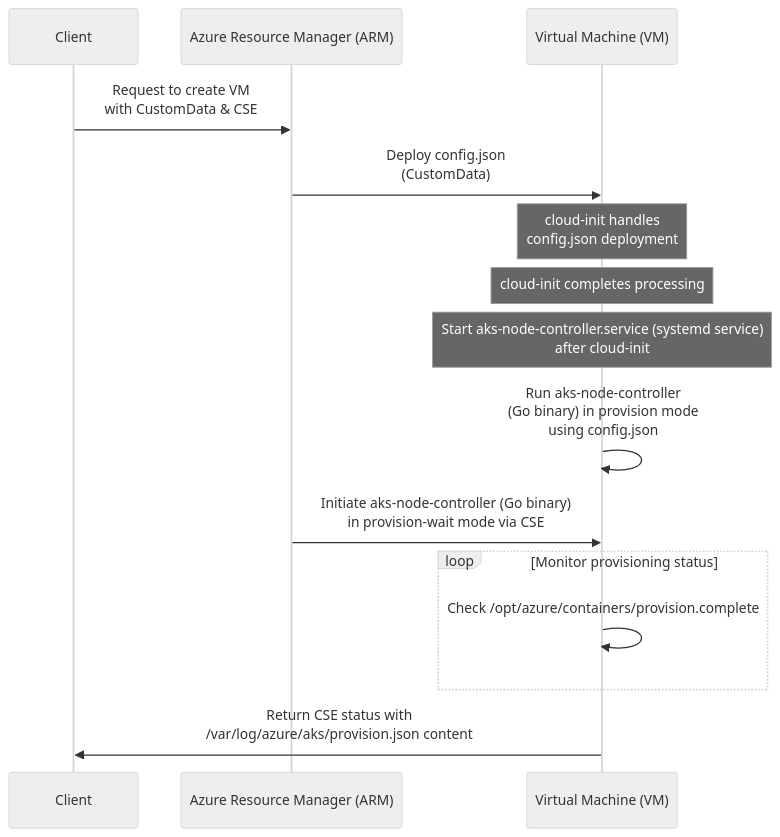
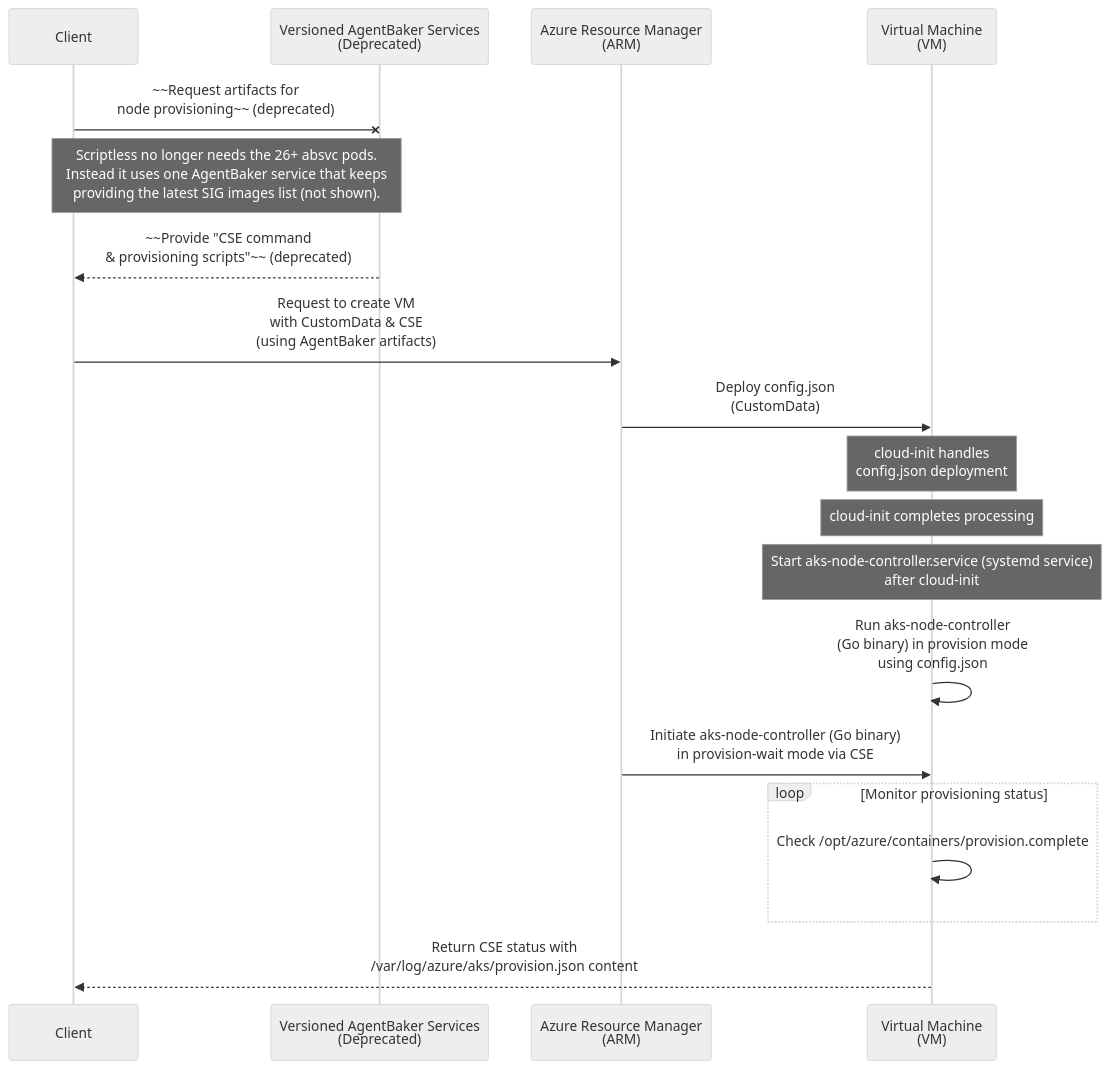
The diagram in aks-node-controller/README.md (Azure/AgentBaker), drawn with Mermaid (neutral theme) before and after one commit. The commit also changed 1 other file, not shown here.

Commit message:
fix: log aks-node-controller arguments and update readme (#7595)

````diff
--- a/aks-node-controller/README.md
+++ b/aks-node-controller/README.md
@@ -109,22 +109,28 @@
 ```mermaid
 sequenceDiagram
     participant Client as Client
-    participant ARM as Azure Resource Manager (ARM)
-    participant VM as Virtual Machine (VM)
+    participant AgentBaker as Versioned AgentBaker Services<br/>(Deprecated)
+    participant ARM as Azure Resource Manager<br/>(ARM)
+    participant VM as Virtual Machine<br/>(VM)
 
-    Client->>ARM: Request to create VM<br/>with CustomData & CSE
+    Client -x AgentBaker: ~~Request artifacts for<br/> node provisioning~~ (deprecated)
+    note over Client, AgentBaker: Scriptless no longer needs the 26+ absvc pods.<br/> Instead it uses one AgentBaker service that keeps<br/> providing the latest SIG images list (not shown).
+
+    AgentBaker-->>Client: ~~Provide "CSE command<br/> & provisioning scripts"~~ (deprecated)
+
+    Client->>ARM: Request to create VM<br/>with CustomData & CSE<br/>(using AgentBaker artifacts)
     ARM->>VM: Deploy config.json<br/>(CustomData)
     note over VM: cloud-init handles<br/>config.json deployment
 
     note over VM: cloud-init completes processing
-    note over VM: Start aks-node-controller.service (systemd service)<br/> after cloud-init
+    note over VM: Start aks-node-controller.service (systemd service)<br/>after cloud-init
     VM->>VM: Run aks-node-controller<br/>(Go binary) in provision mode<br/>using config.json
 
     ARM->>VM: Initiate aks-node-controller (Go binary)<br/>in provision-wait mode via CSE
 
     loop Monitor provisioning status
         VM->>VM: Check /opt/azure/containers/provision.complete
     end
 
-    VM->>Client: Return CSE status with<br/>/var/log/azure/aks/provision.json content
+    VM-->>Client: Return CSE status with<br/>/var/log/azure/aks/provision.json content
 ```
````
